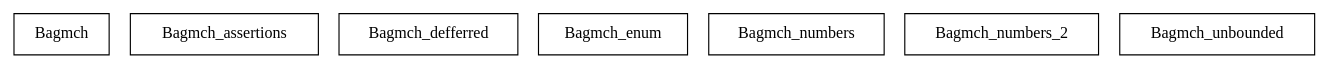
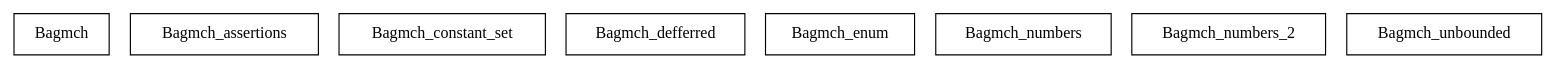
Before and after one commit to agata-borkowska-clark/dissertation: the diagram in Test_scenarios/bdp/Test_scenarios.dot, drawn with Graphviz. The commit also changed 31 other files, not shown here.

Commit message:
adding Machine where the set of items is a constant, and also a screenshot of IP not cooperating

```diff
--- a/Test_scenarios/bdp/Test_scenarios.dot
+++ b/Test_scenarios/bdp/Test_scenarios.dot
@@ -1,10 +1,11 @@
 digraph {
 Bagmch [ label=" Bagmch " shape= box ]
 Bagmch_assertions [ label=" Bagmch_assertions " shape= box ]
+Bagmch_constant_set [ label=" Bagmch_constant_set " shape= box ]
 Bagmch_defferred [ label=" Bagmch_defferred " shape= box ]
 Bagmch_enum [ label=" Bagmch_enum " shape= box ]
 Bagmch_numbers [ label=" Bagmch_numbers " shape= box ]
 Bagmch_numbers_2 [ label=" Bagmch_numbers_2 " shape= box ]
 Bagmch_unbounded [ label=" Bagmch_unbounded " shape= box ]
 
 }
```
